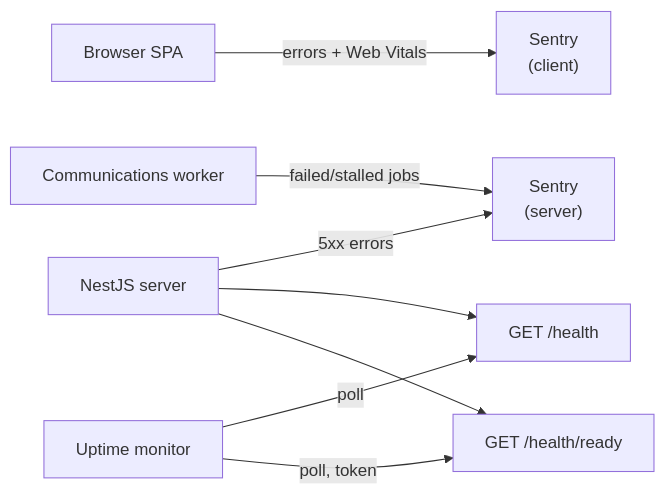
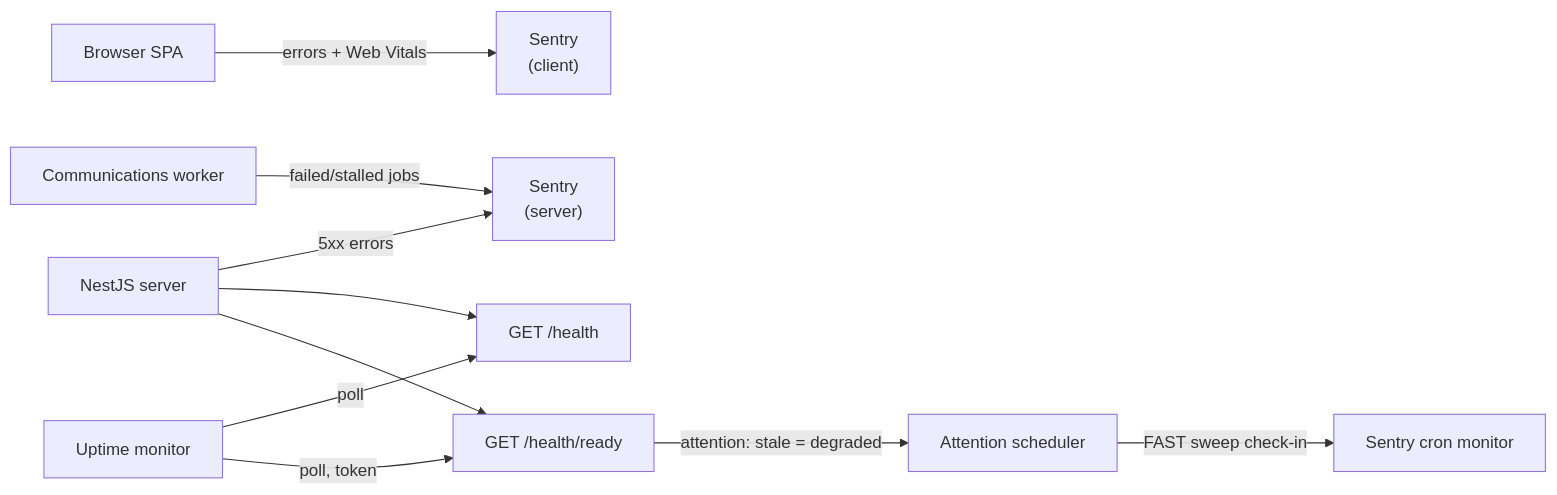
Before and after one commit to tareq89/biddaloy: the first of 4 diagrams in docs/architecture/12-operations.md, drawn with Mermaid. The commit also changed other lines of this file and 4 other files, not shown here.

Commit message:
[67.6.01] docs: attention engine architecture doc, nav tree, operations runbook

````diff
--- a/docs/architecture/12-operations.md
+++ b/docs/architecture/12-operations.md
@@ -8,10 +8,12 @@
 ```mermaid
 flowchart LR
     client["Browser SPA"] -->|errors + Web Vitals| sentryClient["Sentry\n(client)"]
     server["NestJS server"] -->|5xx errors| sentryServer["Sentry\n(server)"]
     worker["Communications worker"] -->|failed/stalled jobs| sentryServer
     monitor["Uptime monitor"] -->|poll| liveness["GET /health"]
     monitor -->|poll, token| readiness["GET /health/ready"]
     server --> liveness
     server --> readiness
+    attn["Attention scheduler"] -->|FAST sweep check-in| sentryCron["Sentry cron monitor"]
+    readiness -->|attention: stale = degraded| attn
 ```
````
